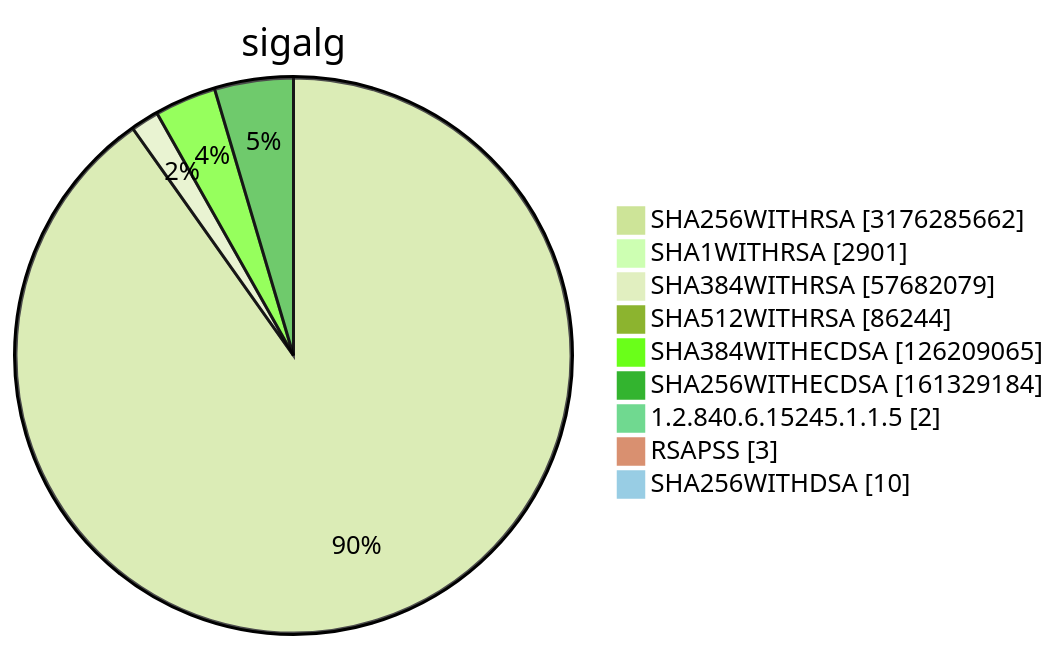
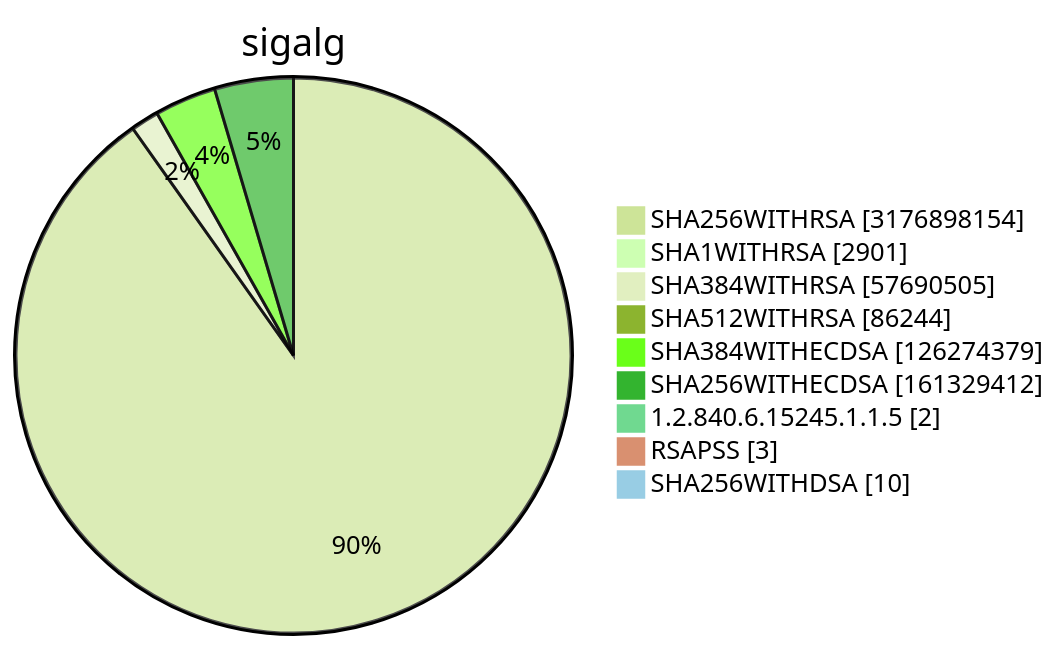
Diagram 15 of 15 in TOTAL/README.md (christiankrug/ctmonitor_visualization), drawn with Mermaid (forest theme) before and after one commit. The commit also changed other lines of this file, not shown here.

````diff
--- a/TOTAL/README.md
+++ b/TOTAL/README.md
@@ -6215,13 +6215,13 @@
 ```mermaid
 pie showData
 title sigalg
-"SHA256WITHRSA" :3176285662
+"SHA256WITHRSA" :3176898154
 "SHA1WITHRSA" :2901
-"SHA384WITHRSA" :57682079
+"SHA384WITHRSA" :57690505
 "SHA512WITHRSA" :86244
-"SHA384WITHECDSA" :126209065
-"SHA256WITHECDSA" :161329184
+"SHA384WITHECDSA" :126274379
+"SHA256WITHECDSA" :161329412
 "1.2.840.6.15245.1.1.5" :2
 "RSAPSS" :3
 "SHA256WITHDSA" :10
 ```
````
